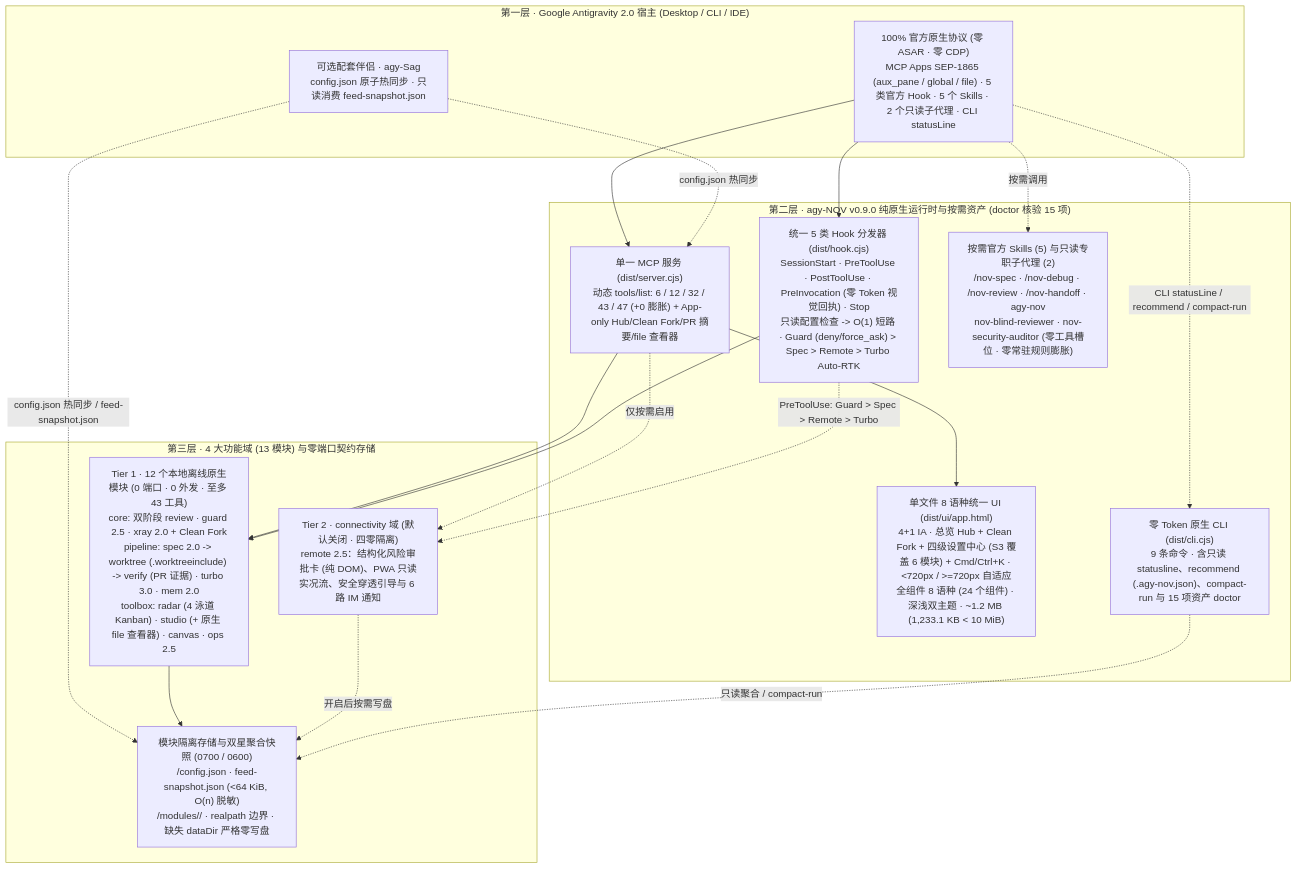
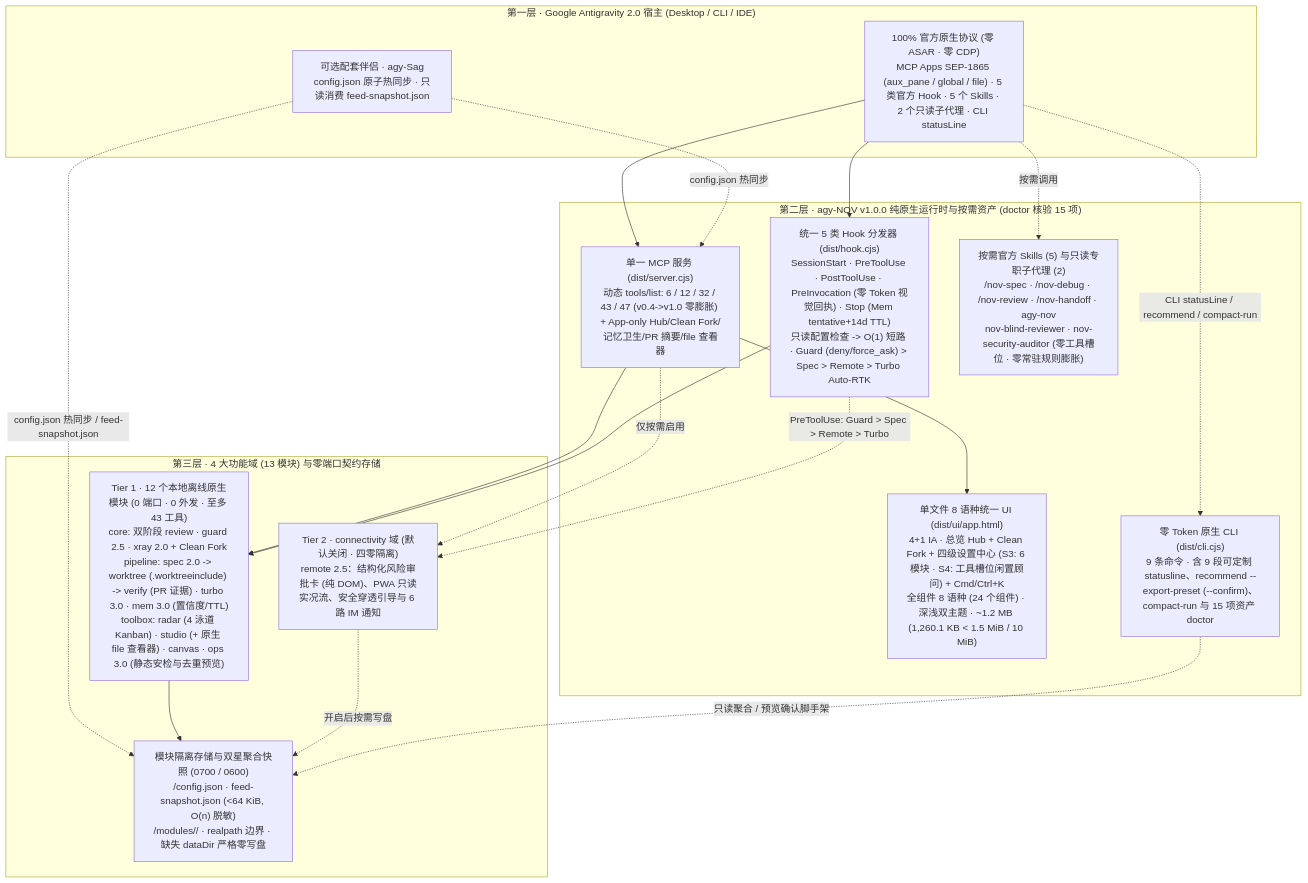
One commit to tone-leh/agy-NOV changed the diagram in docs/i18n/README.zh-CN.md. Above: the diagram before and after it, drawn with Mermaid. The commit also changed other lines of this file and 42 other files, not shown here.

Commit message:
release: v1.0.0 — Ops 3.0 static security audit & cross-client dedup preview, Mem 3.0 confidence/TTL hygiene, customizable 9-segment CLI statusLine & --export-preset scaffold

````diff
--- a/docs/i18n/README.zh-CN.md
+++ b/docs/i18n/README.zh-CN.md
@@ -251,36 +257,36 @@
 ```mermaid
 flowchart TB
   subgraph L1["第一层 · Google Antigravity 2.0 宿主 (Desktop / CLI / IDE)"]
     Host["100% 官方原生协议 (零 ASAR · 零 CDP)\nMCP Apps SEP-1865 (aux_pane / global / file) · 5 类官方 Hook · 5 个 Skills · 2 个只读子代理 · CLI statusLine"]
     Sag["可选配套伴侣 · agy-Sag\nconfig.json 原子热同步 · 只读消费 feed-snapshot.json"]
   end
 
-  subgraph L2["第二层 · agy-NOV v0.9.0 纯原生运行时与按需资产 (doctor 核验 15 项)"]
-    MCP["单一 MCP 服务 (dist/server.cjs)\n动态 tools/list: 6 / 12 / 32 / 43 / 47 (+0 膨胀) + App-only Hub/Clean Fork/PR 摘要/file 查看器"]
-    Hook["统一 5 类 Hook 分发器 (dist/hook.cjs)\nSessionStart · PreToolUse · PostToolUse · PreInvocation (零 Token 视觉回执) · Stop\n只读配置检查 -> O(1) 短路 · Guard (deny/force_ask) > Spec > Remote > Turbo Auto-RTK"]
-    UI["单文件 8 语种统一 UI (dist/ui/app.html)\n4+1 IA · 总览 Hub + Clean Fork + 四级设置中心 (S3 覆盖 6 模块) + Cmd/Ctrl+K · <720px / >=720px 自适应\n全组件 8 语种 (24 个组件) · 深浅双主题 · ~1.2 MB (1,233.1 KB < 10 MiB)"]
+  subgraph L2["第二层 · agy-NOV v1.0.0 纯原生运行时与按需资产 (doctor 核验 15 项)"]
+    MCP["单一 MCP 服务 (dist/server.cjs)\n动态 tools/list: 6 / 12 / 32 / 43 / 47 (v0.4->v1.0 零膨胀) + App-only Hub/Clean Fork/记忆卫生/PR 摘要/file 查看器"]
+    Hook["统一 5 类 Hook 分发器 (dist/hook.cjs)\nSessionStart · PreToolUse · PostToolUse · PreInvocation (零 Token 视觉回执) · Stop (Mem tentative+14d TTL)\n只读配置检查 -> O(1) 短路 · Guard (deny/force_ask) > Spec > Remote > Turbo Auto-RTK"]
+    UI["单文件 8 语种统一 UI (dist/ui/app.html)\n4+1 IA · 总览 Hub + Clean Fork + 四级设置中心 (S3: 6 模块 · S4: 工具槽位闲置顾问) + Cmd/Ctrl+K\n全组件 8 语种 (24 个组件) · 深浅双主题 · ~1.2 MB (1,260.1 KB < 1.5 MiB / 10 MiB)"]
     Playbooks["按需官方 Skills (5) 与只读专职子代理 (2)\n/nov-spec · /nov-debug · /nov-review · /nov-handoff · agy-nov\nnov-blind-reviewer · nov-security-auditor (零工具槽位 · 零常驻规则膨胀)"]
-    CLI["零 Token 原生 CLI (dist/cli.cjs)\n9 条命令 · 含只读 statusline、recommend (.agy-nov.json)、compact-run 与 15 项资产 doctor"]
+    CLI["零 Token 原生 CLI (dist/cli.cjs)\n9 条命令 · 含 9 段可定制 statusline、recommend --export-preset (--confirm)、compact-run 与 15 项资产 doctor"]
   end
 
   subgraph L3["第三层 · 4 大功能域 (13 模块) 与零端口契约存储"]
-    T1["Tier 1 · 12 个本地离线原生模块 (0 端口 · 0 外发 · 至多 43 工具)\ncore: 双阶段 review · guard 2.5 · xray 2.0 + Clean Fork\npipeline: spec 2.0 -> worktree (.worktreeinclude) -> verify (PR 证据) · turbo 3.0 · mem 2.0\ntoolbox: radar (4 泳道 Kanban) · studio (+ 原生 file 查看器) · canvas · ops 2.5"]
+    T1["Tier 1 · 12 个本地离线原生模块 (0 端口 · 0 外发 · 至多 43 工具)\ncore: 双阶段 review · guard 2.5 · xray 2.0 + Clean Fork\npipeline: spec 2.0 -> worktree (.worktreeinclude) -> verify (PR 证据) · turbo 3.0 · mem 3.0 (置信度/TTL)\ntoolbox: radar (4 泳道 Kanban) · studio (+ 原生 file 查看器) · canvas · ops 3.0 (静态安检与去重预览)"]
     T2R["Tier 2 · connectivity 域 (默认关闭 · 四零隔离)\nremote 2.5：结构化风险审批卡 (纯 DOM)、PWA 只读实况流、安全穿透引导与 6 路 IM 通知"]
     Store["模块隔离存储与双星聚合快照 (0700 / 0600)\n<dataDir>/config.json · feed-snapshot.json (<64 KiB, O(n) 脱敏)\n<dataDir>/modules/<id>/ · realpath 边界 · 缺失 dataDir 严格零写盘"]
   end
 
   Host --> MCP
   Host --> Hook
   Host -. "按需调用" .-> Playbooks
   Host -. "CLI statusLine / recommend / compact-run" .-> CLI
   Sag -. "config.json 热同步 / feed-snapshot.json" .-> Store
   Sag -. "config.json 热同步" .-> MCP
   MCP --> UI
   MCP --> T1
   MCP -. "仅按需启用" .-> T2R
   Hook --> T1
   Hook -. "PreToolUse: Guard > Spec > Remote > Turbo" .-> T2R
   T1 --> Store
   T2R -. "开启后按需写盘" .-> Store
-  CLI -. "只读聚合 / compact-run" .-> Store
+  CLI -. "只读聚合 / 预览确认脚手架" .-> Store
 ```
````
